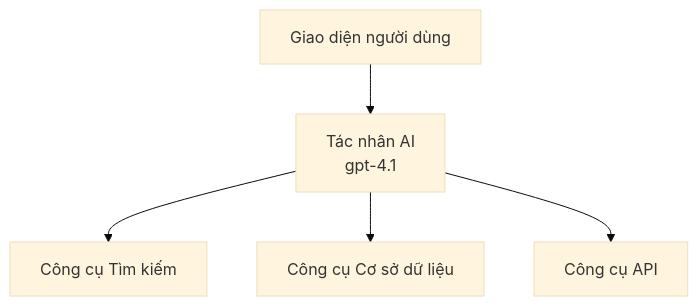
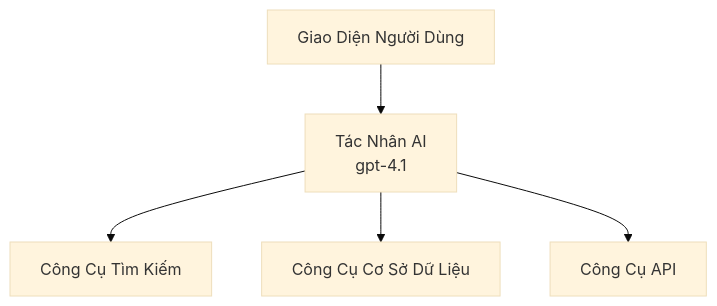
The first of 3 diagrams in translations/vi/docs/chapter-02-ai-development/agents.md (microsoft/AZD-for-beginners), drawn with Mermaid (base theme) before and after one commit. The commit also changed other lines of this file and 61 other files, not shown here.

````diff
--- a/translations/vi/docs/chapter-02-ai-development/agents.md
+++ b/translations/vi/docs/chapter-02-ai-development/agents.md
@@ -162,7 +162,7 @@
 ```mermaid
 graph TD
-    UI[Giao diện người dùng] --> Agent[Tác nhân AI<br/>gpt-4.1]
-    Agent --> Search[Công cụ Tìm kiếm]
-    Agent --> Database[Công cụ Cơ sở dữ liệu]
-    Agent --> API[Công cụ API]
+    UI[Giao Diện Người Dùng] --> Agent[Tác Nhân AI<br/>gpt-4.1]
+    Agent --> Search[Công Cụ Tìm Kiếm]
+    Agent --> Database[Công Cụ Cơ Sở Dữ Liệu]
+    Agent --> API[Công Cụ API]
 ```
````
